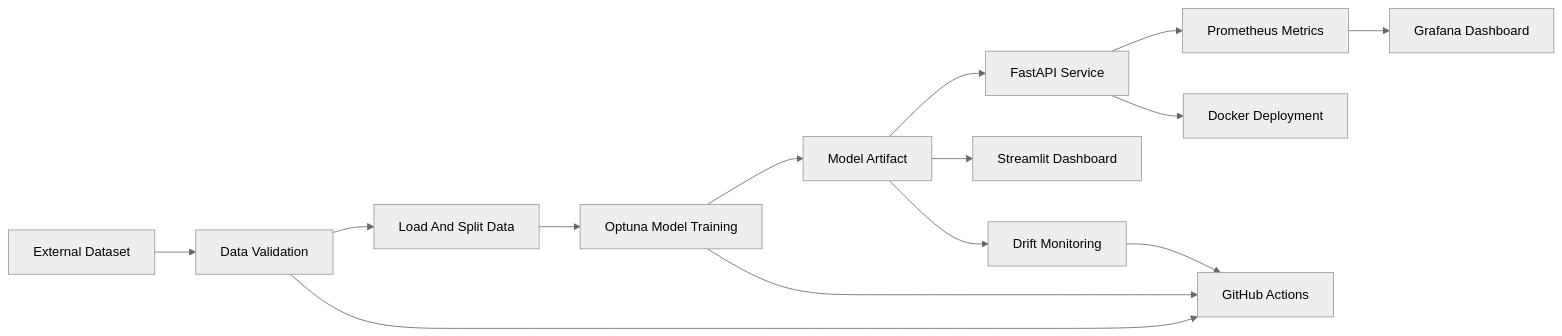
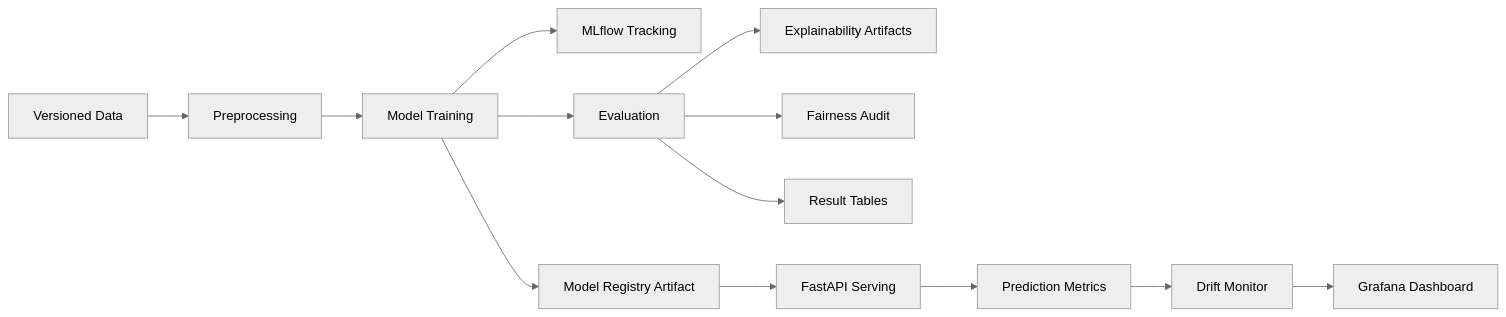
Before and after one commit to YASHASSHETTYYY/churn: the diagram in README.md, drawn with Mermaid (neutral theme). The commit also changed other lines of this file, not shown here.

````diff
--- a/README.md
+++ b/README.md
@@ -98,16 +46,15 @@
 ```mermaid
 flowchart LR
-    A[External Dataset] --> B[Data Validation]
-    B --> C[Load And Split Data]
-    C --> D[Optuna Model Training]
-    D --> E[Model Artifact]
-    E --> F[FastAPI Service]
-    E --> G[Streamlit Dashboard]
-    E --> H[Drift Monitoring]
-    F --> I[Prometheus Metrics]
-    I --> J[Grafana Dashboard]
-    B --> K[GitHub Actions]
-    D --> K
-    H --> K
-    F --> L[Docker Deployment]
+  A[Versioned Data] --> B[Preprocessing]
+  B --> C[Model Training]
+  C --> D[MLflow Tracking]
+  C --> E[Evaluation]
+  E --> F[Explainability Artifacts]
+  E --> G[Fairness Audit]
+  E --> H[Result Tables]
+  C --> I[Model Registry Artifact]
+  I --> J[FastAPI Serving]
+  J --> K[Prediction Metrics]
+  K --> L[Drift Monitor]
+  L --> M[Grafana Dashboard]
 ```
````
